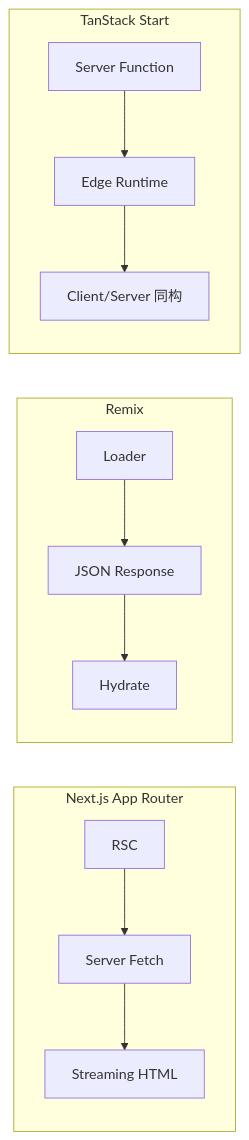
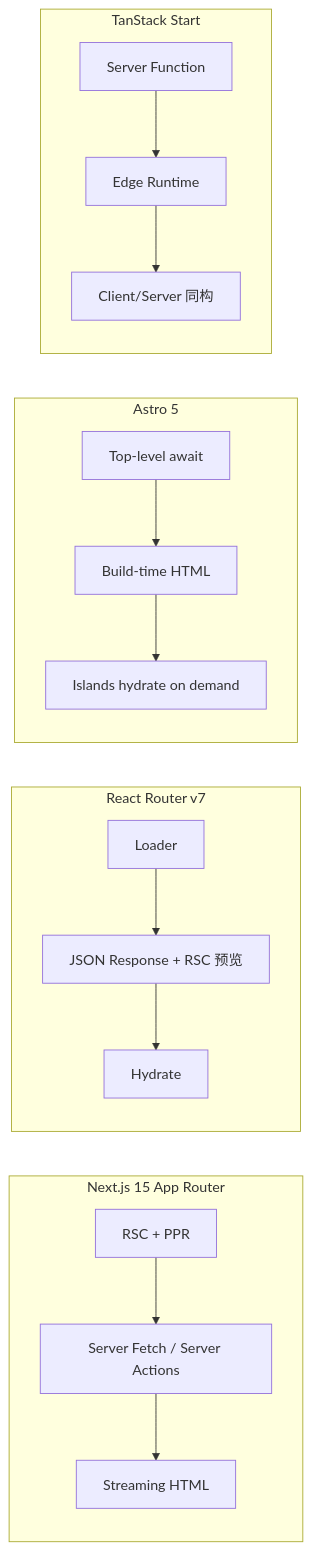
One commit to AdaMartin18010/JavaScriptTypeScript changed the first of 2 diagrams in 30-knowledge-base/30.3-comparison-matrices/ssr-metaframeworks-compare.md. Above: the diagram before and after it, drawn with Mermaid. The commit also changed other lines of this file and 20 other files, not shown here.

````diff
--- a/30-knowledge-base/30.3-comparison-matrices/ssr-metaframeworks-compare.md
+++ b/30-knowledge-base/30.3-comparison-matrices/ssr-metaframeworks-compare.md
@@ -70,15 +149,19 @@
 ```mermaid
 flowchart LR
-    subgraph NextJS [Next.js App Router]
-        A1[RSC] --> A2[Server Fetch]
+    subgraph NextJS [Next.js 15 App Router]
+        A1[RSC + PPR] --> A2[Server Fetch / Server Actions]
         A2 --> A3[Streaming HTML]
     end
-    subgraph Remix [Remix]
-        B1[Loader] --> B2[JSON Response]
+    subgraph RRV7 [React Router v7]
+        B1[Loader] --> B2[JSON Response + RSC 预览]
         B2 --> B3[Hydrate]
+    end
+    subgraph Astro [Astro 5]
+        D1[Top-level await] --> D2[Build-time HTML]
+        D2 --> D3[Islands hydrate on demand]
     end
     subgraph TanStack [TanStack Start]
         C1[Server Function] --> C2[Edge Runtime]
         C2 --> C3[Client/Server 同构]
     end
 ```
````
